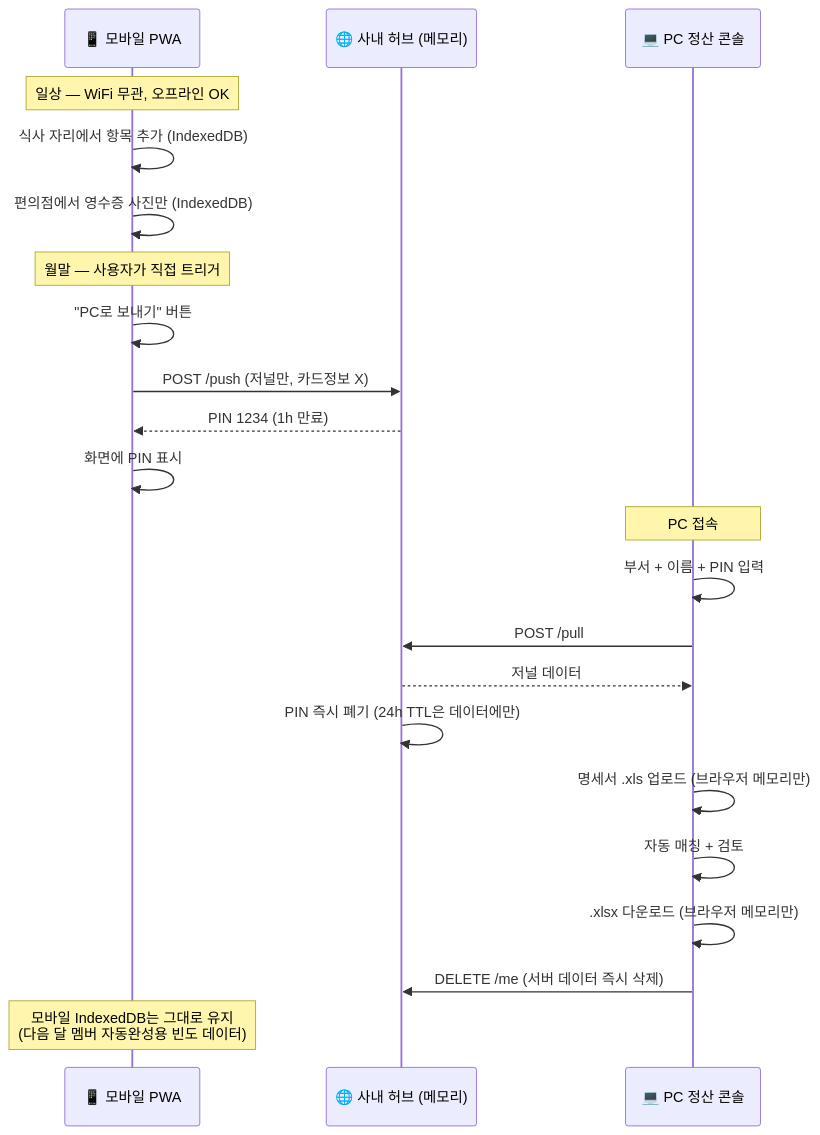
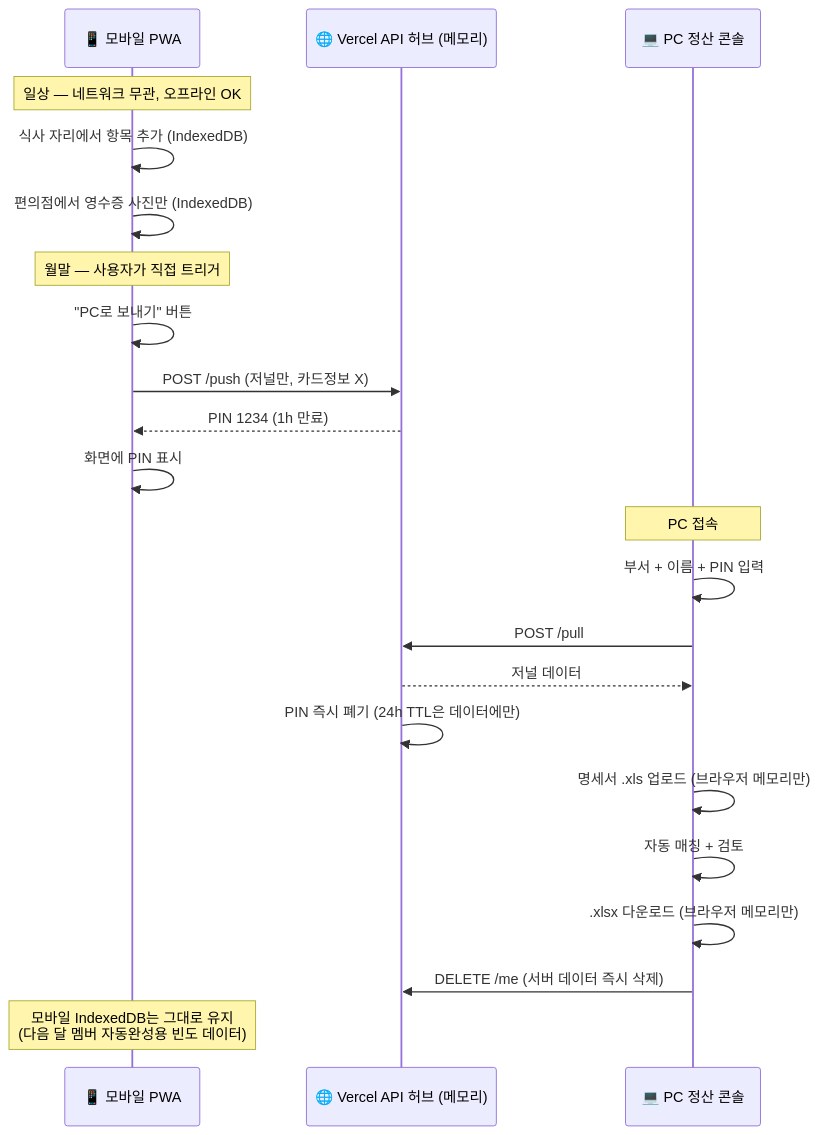
Before and after one commit to EXEM-FE/exem-payment-automation: the first of 4 diagrams in docs/02-flow.md, drawn with Mermaid. The commit also changed other lines of this file and 21 other files, not shown here.

````diff
--- a/docs/02-flow.md
+++ b/docs/02-flow.md
@@ -5,28 +5,28 @@
 ```mermaid
 sequenceDiagram
     participant M as 📱 모바일 PWA
-    participant H as 🌐 사내 허브 (메모리)
+    participant H as 🌐 Vercel API 허브 (메모리)
     participant P as 💻 PC 정산 콘솔
 
-    Note over M: 일상 — WiFi 무관, 오프라인 OK
+    Note over M: 일상 — 네트워크 무관, 오프라인 OK
     M->>M: 식사 자리에서 항목 추가 (IndexedDB)
     M->>M: 편의점에서 영수증 사진만 (IndexedDB)
 
     Note over M: 월말 — 사용자가 직접 트리거
     M->>M: "PC로 보내기" 버튼
     M->>H: POST /push (저널만, 카드정보 X)
     H-->>M: PIN 1234 (1h 만료)
     M->>M: 화면에 PIN 표시
 
     Note over P: PC 접속
     P->>P: 부서 + 이름 + PIN 입력
     P->>H: POST /pull
     H-->>P: 저널 데이터
     H->>H: PIN 즉시 폐기 (24h TTL은 데이터에만)
     P->>P: 명세서 .xls 업로드 (브라우저 메모리만)
     P->>P: 자동 매칭 + 검토
     P->>P: .xlsx 다운로드 (브라우저 메모리만)
     P->>H: DELETE /me (서버 데이터 즉시 삭제)
 
     Note over M: 모바일 IndexedDB는 그대로 유지<br/>(다음 달 멤버 자동완성용 빈도 데이터)
 ```
````
